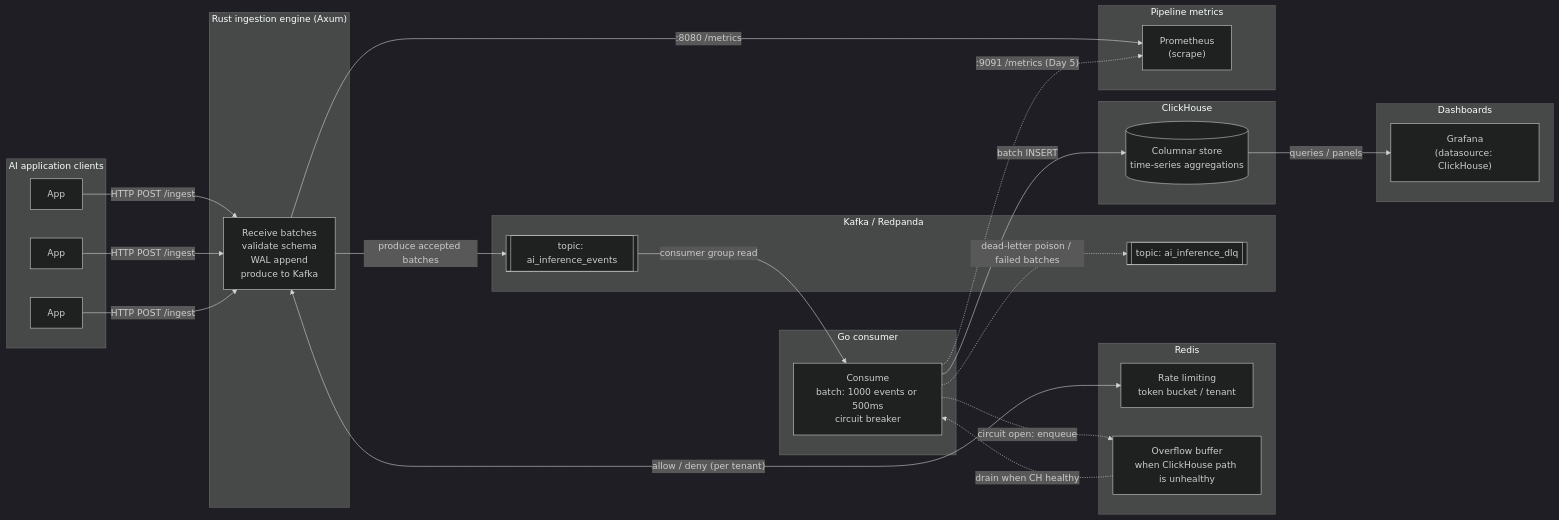
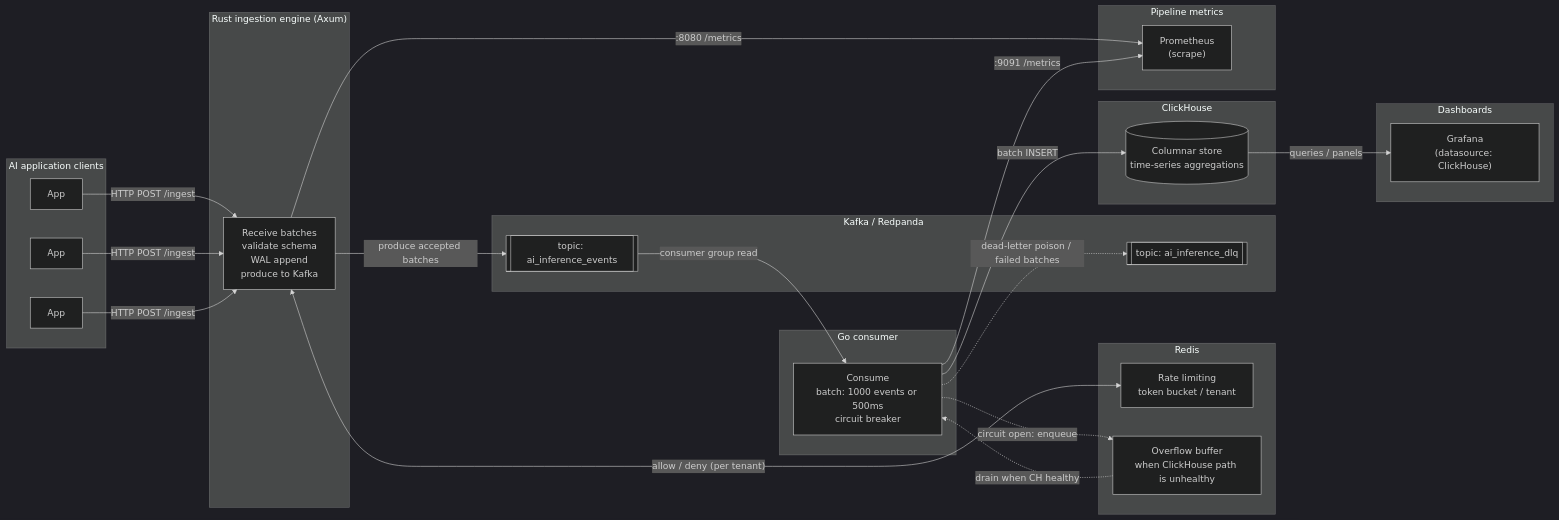
One commit to AkshantVats/infra-ai-streaming changed the diagram in README.md. Above: the diagram before and after it, drawn with Mermaid (dark theme). The commit also changed other lines of this file and 26 other files, not shown here.

````diff
--- a/README.md
+++ b/README.md
@@ -29,50 +29,50 @@
 ```mermaid
 flowchart LR
   subgraph clients["AI application clients"]
     C1["App"]
     C2["App"]
     C3["App"]
   end
 
   subgraph rust["Rust ingestion engine (Axum)"]
     R["Receive batches\nvalidate schema\nWAL append\nproduce to Kafka"]
   end
 
   subgraph redis["Redis"]
     RL["Rate limiting\ntoken bucket / tenant"]
     OV["Overflow buffer\nwhen ClickHouse path is unhealthy"]
   end
 
   subgraph kafka["Kafka / Redpanda"]
     TEV[["topic: ai_inference_events"]]
     TDLQ[["topic: ai_inference_dlq"]]
   end
 
   subgraph go["Go consumer"]
     G["Consume\nbatch: 1000 events or 500ms\ncircuit breaker"]
   end
 
   subgraph ch["ClickHouse"]
     CH[("Columnar store\ntime-series aggregations")]
   end
 
   subgraph viz["Dashboards"]
     GF["Grafana\n(datasource: ClickHouse)"]
   end
 
   subgraph prom["Pipeline metrics"]
     PR["Prometheus\n(scrape)"]
   end
 
   C1 & C2 & C3 -->|"HTTP POST /ingest"| R
   R <-->|"allow / deny (per tenant)"| RL
   R -->|"produce accepted batches"| TEV
   TEV -->|"consumer group read"| G
   G -->|"batch INSERT"| CH
   G -.->|"circuit open: enqueue"| OV
   G -.->|"dead-letter poison / failed batches"| TDLQ
   OV -.->|"drain when CH healthy"| G
   CH -->|"queries / panels"| GF
   R -->|":8080 /metrics"| PR
-  G -.->|":9091 /metrics (Day 5)"| PR
+  G -->|":9091 /metrics"| PR
 ```
````
